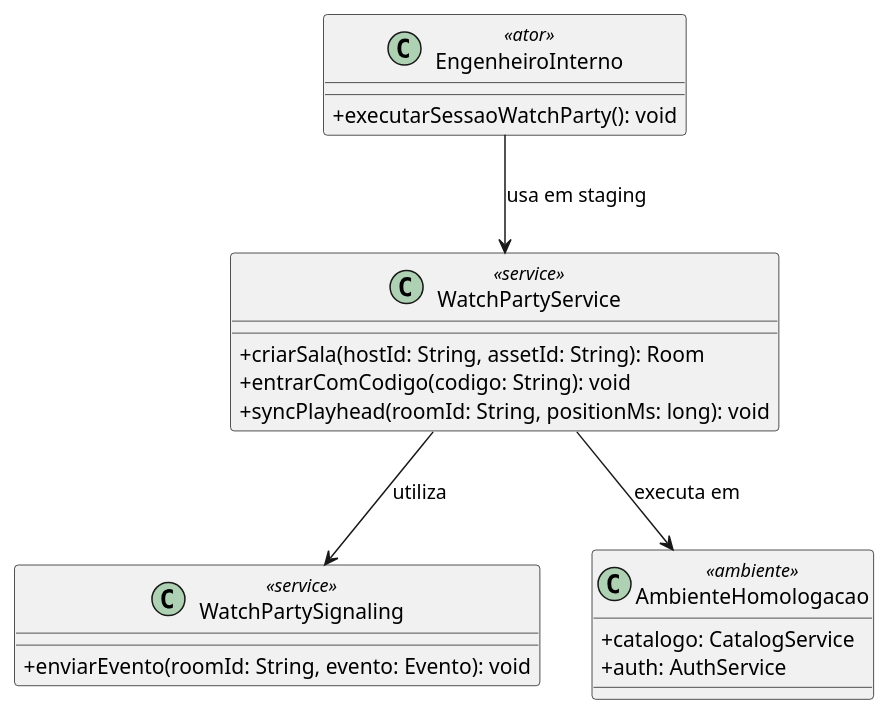
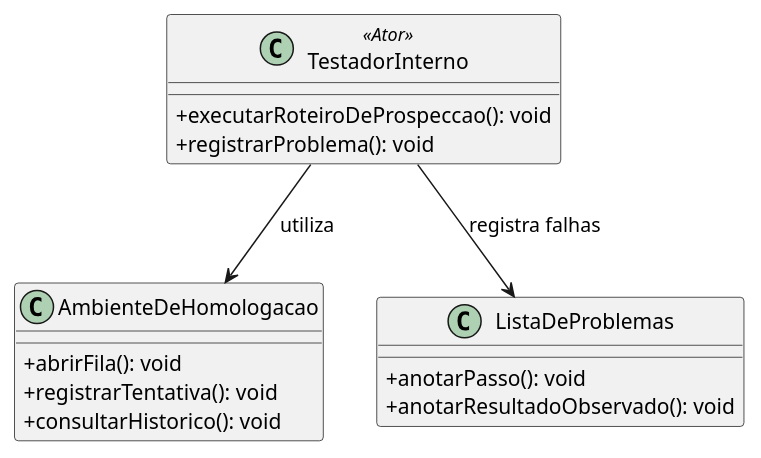
Before and after one commit to DiogoBAguiar/atividade-testes-software: the diagram in diagramas/3.2-teste-alfa.puml, drawn with PlantUML. The commit also changed 37 other files, not shown here.

```diff
--- a/diagramas/3.2-teste-alfa.puml
+++ b/diagramas/3.2-teste-alfa.puml
@@ -1,26 +1,20 @@
 @startuml
 skinparam classAttributeIconSize 0
 
-class EngenheiroInterno <<ator>> {
-  + executarSessaoWatchParty(): void
+class TestadorInterno <<Ator>> {
+  + executarRoteiroDeProspeccao(): void
+  + registrarProblema(): void
+}
+class AmbienteDeHomologacao {
+  + abrirFila(): void
+  + registrarTentativa(): void
+  + consultarHistorico(): void
+}
+class ListaDeProblemas {
+  + anotarPasso(): void
+  + anotarResultadoObservado(): void
 }
 
-class WatchPartyService <<service>> {
-  + criarSala(hostId: String, assetId: String): Room
-  + entrarComCodigo(codigo: String): void
-  + syncPlayhead(roomId: String, positionMs: long): void
-}
-
-class WatchPartySignaling <<service>> {
-  + enviarEvento(roomId: String, evento: Evento): void
-}
-
-class AmbienteHomologacao <<ambiente>> {
-  + catalogo: CatalogService
-  + auth: AuthService
-}
-
-EngenheiroInterno --> WatchPartyService : usa em staging
-WatchPartyService --> WatchPartySignaling : utiliza
-WatchPartyService --> AmbienteHomologacao : executa em
+TestadorInterno --> AmbienteDeHomologacao : utiliza
+TestadorInterno --> ListaDeProblemas : registra falhas
 @enduml
```
